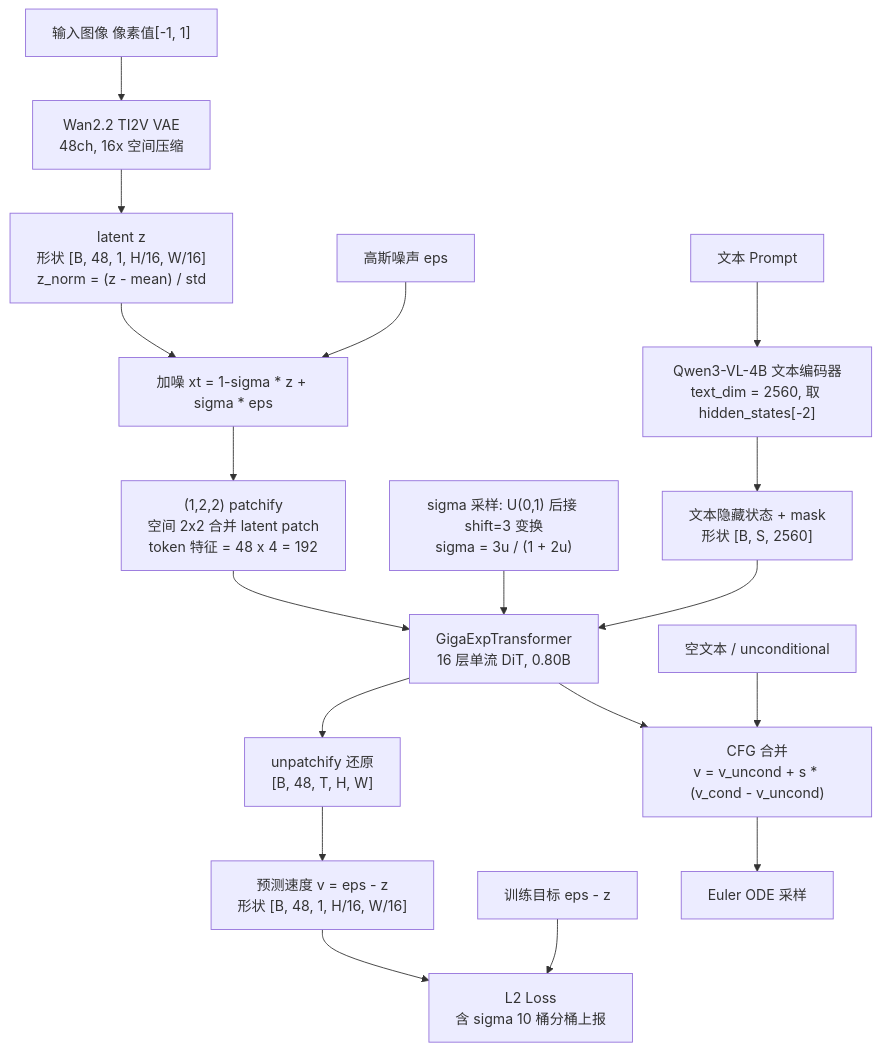
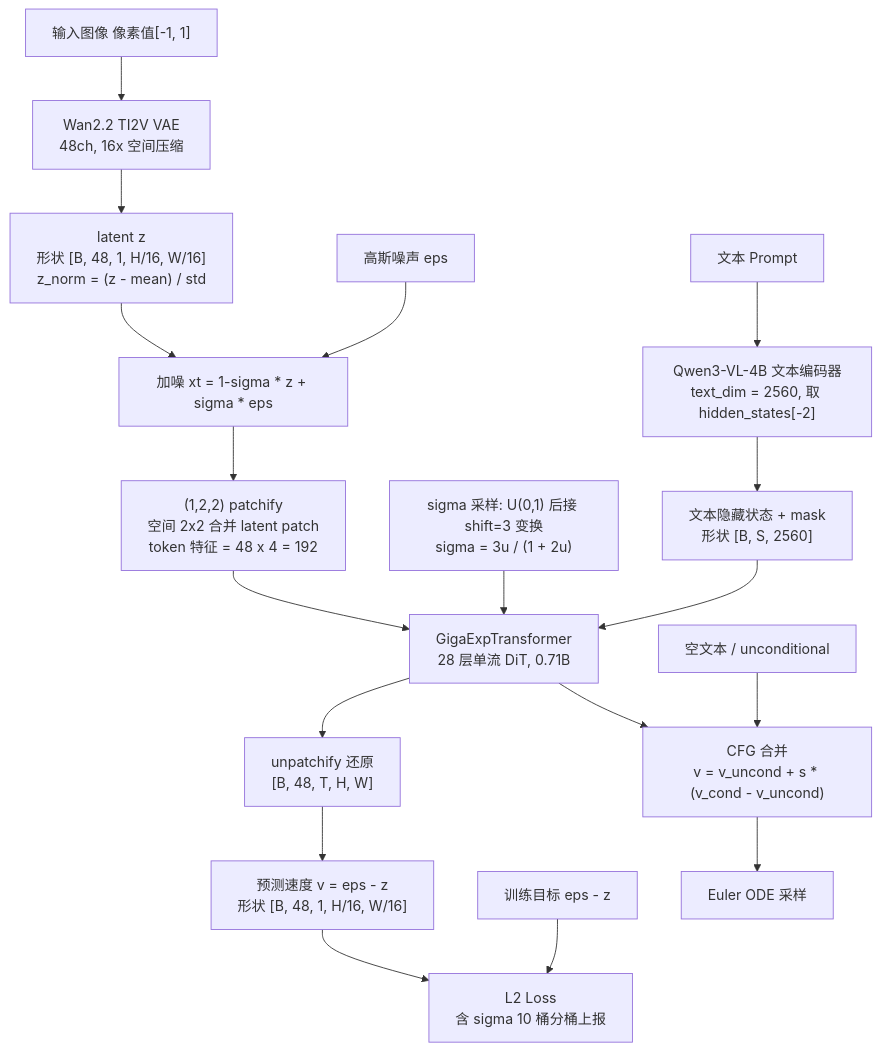
The first of 3 diagrams in docs/giga_exp_architecture.md (Yvonne-OH/OpenUniDit), drawn with Mermaid before and after one commit. The commit also changed other lines of this file and 14 other files, not shown here.

````diff
--- a/docs/giga_exp_architecture.md
+++ b/docs/giga_exp_architecture.md
@@ -9,20 +11,20 @@
 ```mermaid
 flowchart TB
     IMG["输入图像 像素值[-1, 1]"] --> VAE["Wan2.2 TI2V VAE<br/>48ch, 16x 空间压缩"]
     VAE --> Z["latent z<br/>形状 [B, 48, 1, H/16, W/16]<br/>z_norm = (z - mean) / std"]
     Z --> XT["加噪 xt = 1-sigma * z + sigma * eps"]
     NOISE["高斯噪声 eps"] --> XT
     P["文本 Prompt"] --> TE["Qwen3-VL-4B 文本编码器<br/>text_dim = 2560, 取 hidden_states[-2]"]
     TE --> TXT["文本隐藏状态 + mask<br/>形状 [B, S, 2560]"]
     SIGMA["sigma 采样: U(0,1) 后接 shift=3 变换<br/>sigma = 3u / (1 + 2u)"] --> DIT
     XT --> PATCH["(1,2,2) patchify<br/>空间 2x2 合并 latent patch<br/>token 特征 = 48 x 4 = 192"]
-    PATCH --> DIT["GigaExpTransformer<br/>16 层单流 DiT, 0.80B"]
+    PATCH --> DIT["GigaExpTransformer<br/>28 层单流 DiT, 0.71B"]
     TXT --> DIT
     DIT --> UNPATCH["unpatchify 还原<br/>[B, 48, T, H, W]"]
     UNPATCH --> V_PRED["预测速度 v = eps - z<br/>形状 [B, 48, 1, H/16, W/16]"]
     TARGET["训练目标 eps - z"] --> LOSS["L2 Loss<br/>含 sigma 10 桶分桶上报"]
     V_PRED --> LOSS
     NEG["空文本 / unconditional"] --> CFG["CFG 合并<br/>v = v_uncond + s * (v_cond - v_uncond)"]
     DIT --> CFG
     CFG --> SAMPLE["Euler ODE 采样"]
 ```
````
